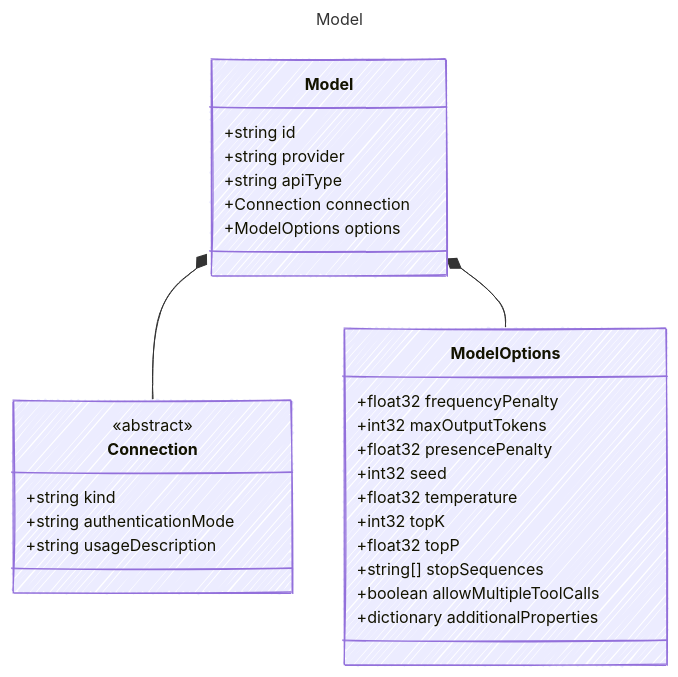
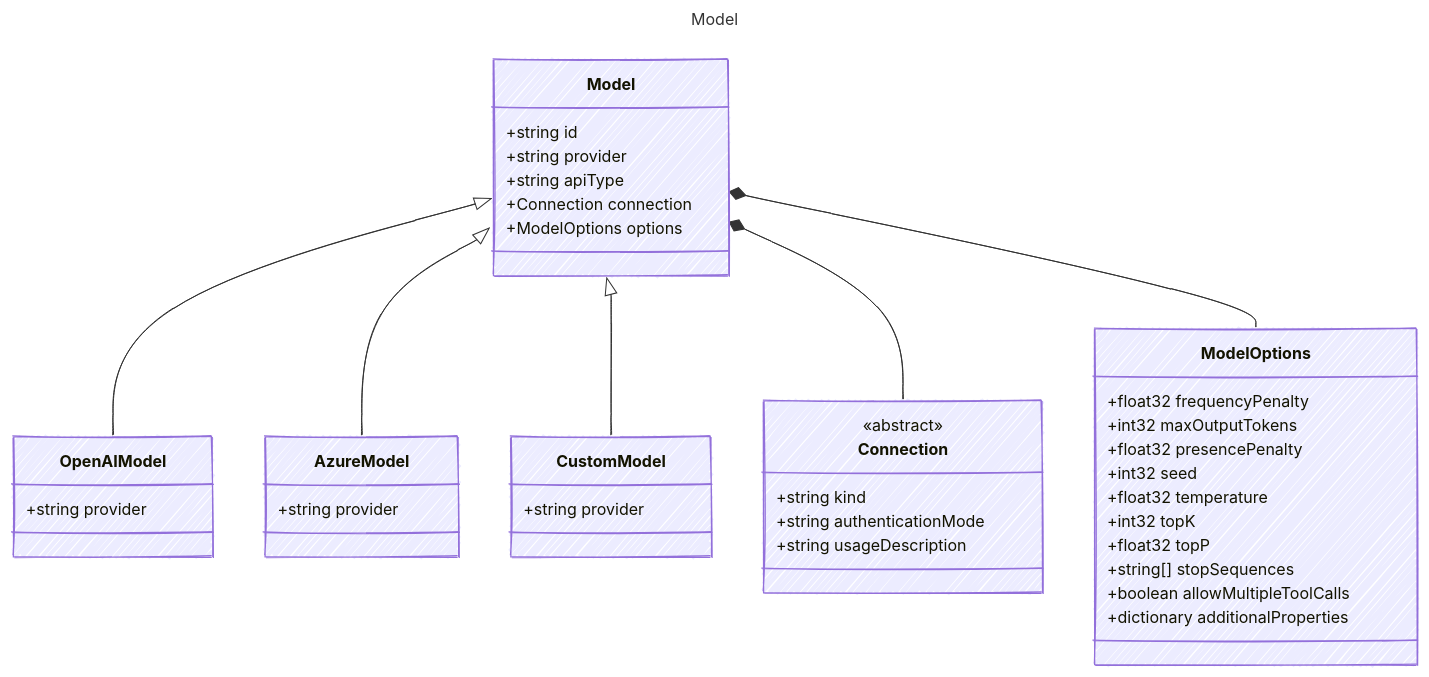
The diagram in web/src/content/docs/reference/Model.md (microsoft/prompty), drawn with Mermaid before and after one commit. The commit also changed other lines of this file and 543 other files, not shown here.

````diff
--- a/web/src/content/docs/reference/Model.md
+++ b/web/src/content/docs/reference/Model.md
@@ -14,38 +19,50 @@
 ```mermaid
 ---
 title: Model
 config:
   look: handDrawn
   theme: colorful
   class:
     hideEmptyMembersBox: true
 ---
 classDiagram
     class Model {
         +string id
         +string provider
         +string apiType
         +Connection connection
         +ModelOptions options
     }
+    class OpenAIModel {
+        +string provider
+    }
+    Model <|-- OpenAIModel
+    class AzureModel {
+        +string provider
+    }
+    Model <|-- AzureModel
+    class CustomModel {
+        +string provider
+    }
+    Model <|-- CustomModel
     class Connection {
       <<abstract>>
         +string kind
         +string authenticationMode
         +string usageDescription
     }
     Model *-- Connection
     class ModelOptions {
         +float32 frequencyPenalty
         +int32 maxOutputTokens
         +float32 presencePenalty
         +int32 seed
         +float32 temperature
         +int32 topK
         +float32 topP
         +string[] stopSequences
         +boolean allowMultipleToolCalls
         +dictionary additionalProperties
     }
     Model *-- ModelOptions
 ```
````
